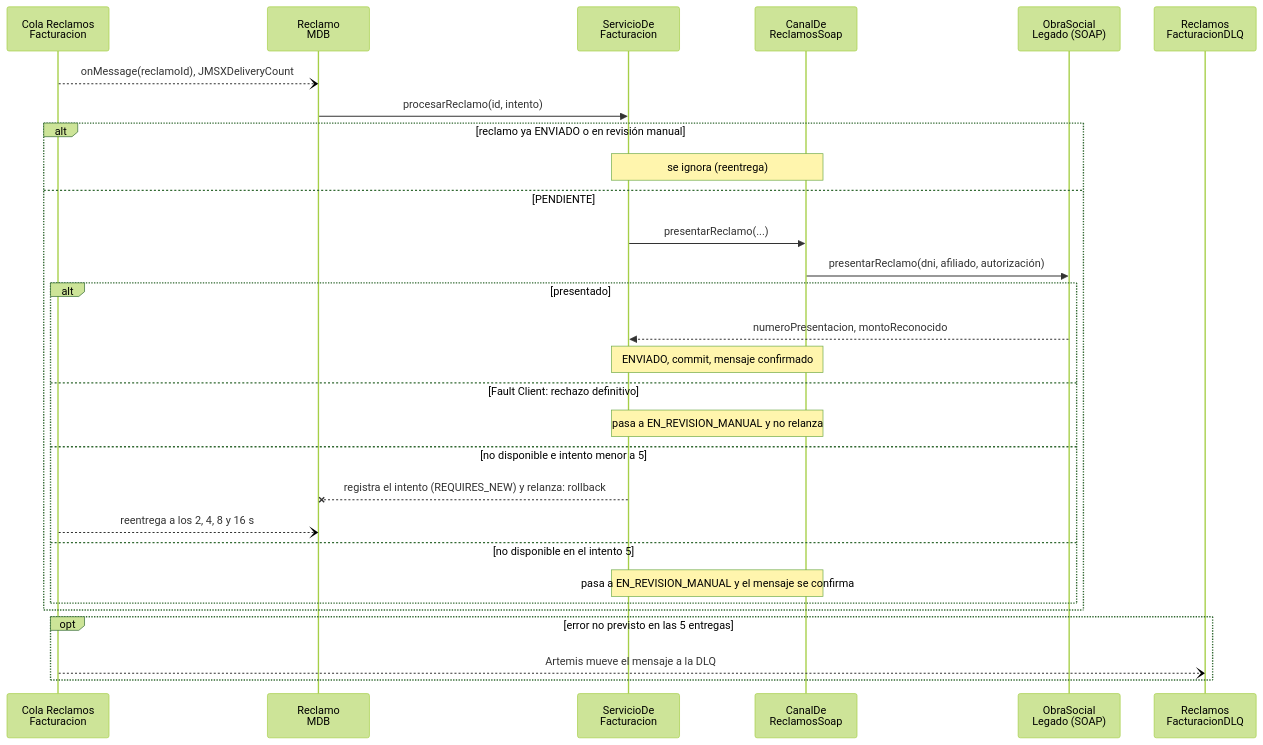
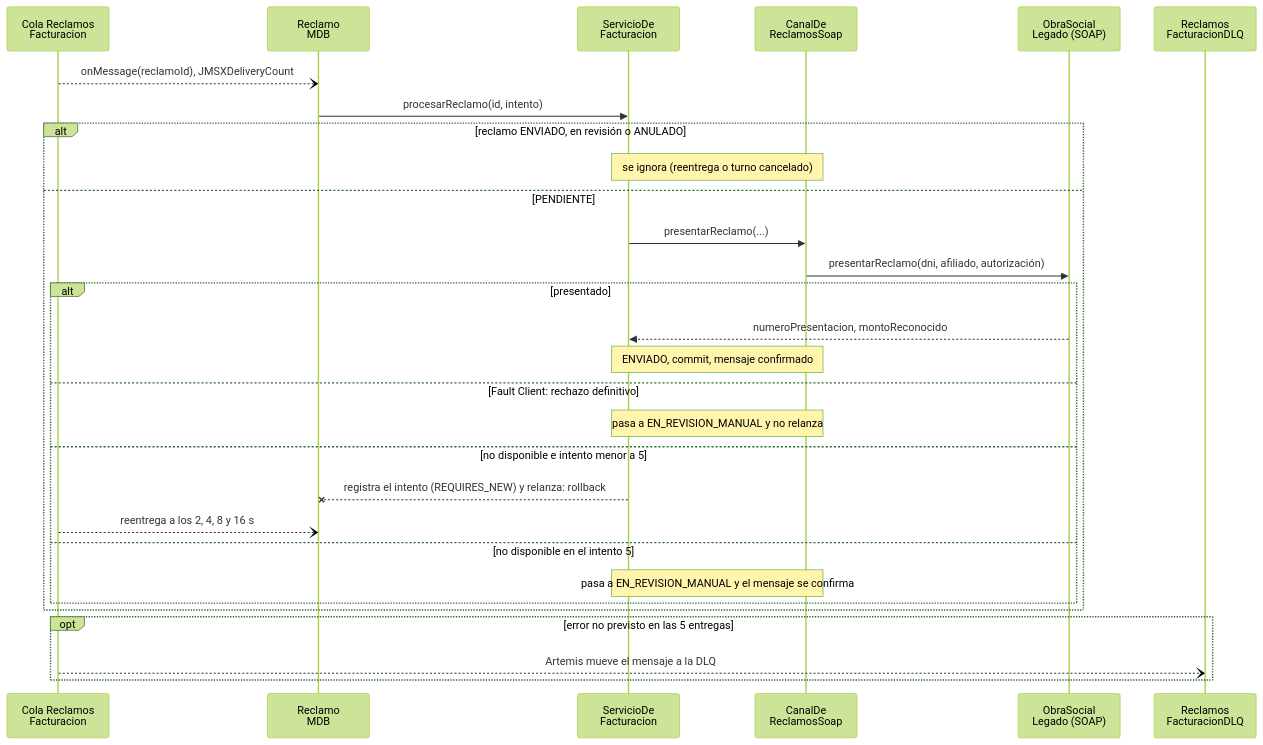
The third of 6 diagrams in docs/documento-tecnico-entrega-2.md (martucastro/Mediconecta-DA2), drawn with Mermaid (forest theme) before and after one commit. The commit also changed other lines of this file and 1 other file, not shown here.

````diff
--- a/docs/documento-tecnico-entrega-2.md
+++ b/docs/documento-tecnico-entrega-2.md
@@ -121,31 +123,31 @@
 ```mermaid
 sequenceDiagram
     participant Q as Cola Reclamos<br/>Facturacion
     participant RM as Reclamo<br/>MDB
     participant SF as ServicioDe<br/>Facturacion
     participant CS as CanalDe<br/>ReclamosSoap
     participant LG as ObraSocial<br/>Legado (SOAP)
     participant DLQ as Reclamos<br/>FacturacionDLQ
     Q--)RM: onMessage(reclamoId), JMSXDeliveryCount
     RM->>SF: procesarReclamo(id, intento)
-    alt reclamo ya ENVIADO o en revisión manual
-        Note over SF,CS: se ignora (reentrega)
+    alt reclamo ENVIADO, en revisión o ANULADO
+        Note over SF,CS: se ignora (reentrega o turno cancelado)
     else PENDIENTE
         SF->>CS: presentarReclamo(...)
         CS->>LG: presentarReclamo(dni, afiliado, autorización)
         alt presentado
             LG-->>SF: numeroPresentacion, montoReconocido
             Note over SF,CS: ENVIADO, commit, mensaje confirmado
         else Fault Client: rechazo definitivo
             Note over SF,CS: pasa a EN_REVISION_MANUAL y no relanza
         else no disponible e intento menor a 5
             SF--xRM: registra el intento (REQUIRES_NEW) y relanza: rollback
             Q--)RM: reentrega a los 2, 4, 8 y 16 s
         else no disponible en el intento 5
             Note over SF,CS: pasa a EN_REVISION_MANUAL y el mensaje se confirma
         end
     end
     opt error no previsto en las 5 entregas
         Q--)DLQ: Artemis mueve el mensaje a la DLQ
     end
 ```
````
